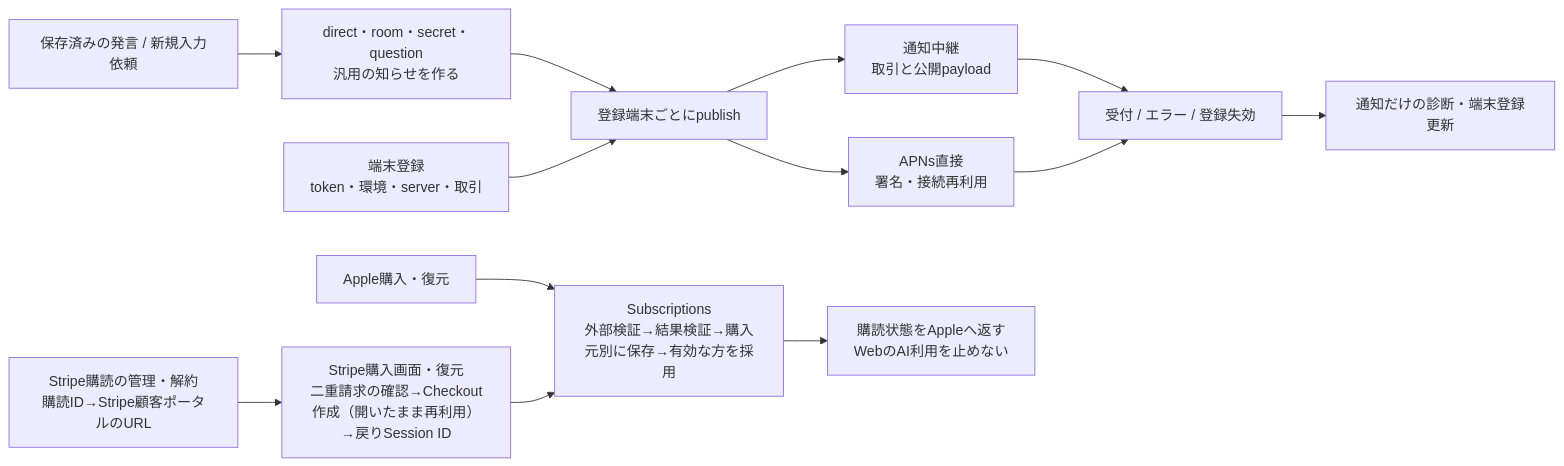
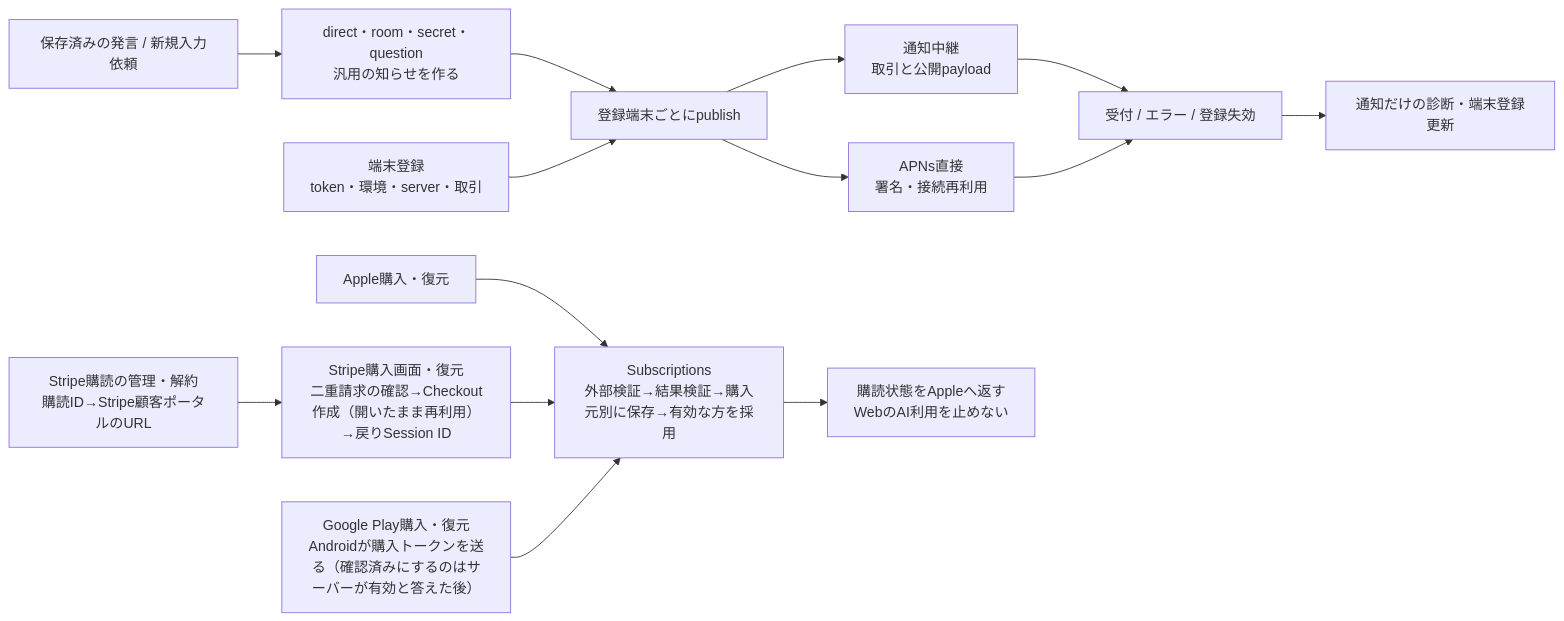
One commit to kitepon/BellTeam changed the fifth of 5 diagrams in docs/architecture/modules/usage/flows.md. Above: the diagram before and after it, drawn with Mermaid. The commit also changed other lines of this file and 11 other files, not shown here.

First line of the commit message:
a157: Google Play subscriptions as the third store (Worker adapter + server google/verify)

````diff
--- a/docs/architecture/modules/usage/flows.md
+++ b/docs/architecture/modules/usage/flows.md
@@ -161,15 +161,16 @@
 ```mermaid
 flowchart LR
   Saved["保存済みの発言 / 新規入力依頼"] --> Event["direct・room・secret・question<br/>汎用の知らせを作る"]
   Event --> Publish["登録端末ごとにpublish"]
   Devices["端末登録<br/>token・環境・server・取引"] --> Publish
   Publish --> Relay["通知中継<br/>取引と公開payload"]
   Publish --> APNs["APNs直接<br/>署名・接続再利用"]
   Relay --> Result["受付 / エラー / 登録失効"]
   APNs --> Result
   Result --> Diag["通知だけの診断・端末登録更新"]
   Apple["Apple購入・復元"] --> Verify["Subscriptions<br/>外部検証→結果検証→購入元別に保存→有効な方を採用"]
   Stripe["Stripe購入画面・復元<br/>二重請求の確認→Checkout作成（開いたまま再利用）→戻りSession ID"] --> Verify
   Manage["Stripe購読の管理・解約<br/>購読ID→Stripe顧客ポータルのURL"] --> Stripe
+  Google["Google Play購入・復元<br/>Androidが購入トークンを送る（確認済みにするのはサーバーが有効と答えた後）"] --> Verify
   Verify --> Status["購読状態をAppleへ返す<br/>WebのAI利用を止めない"]
 ```
````
